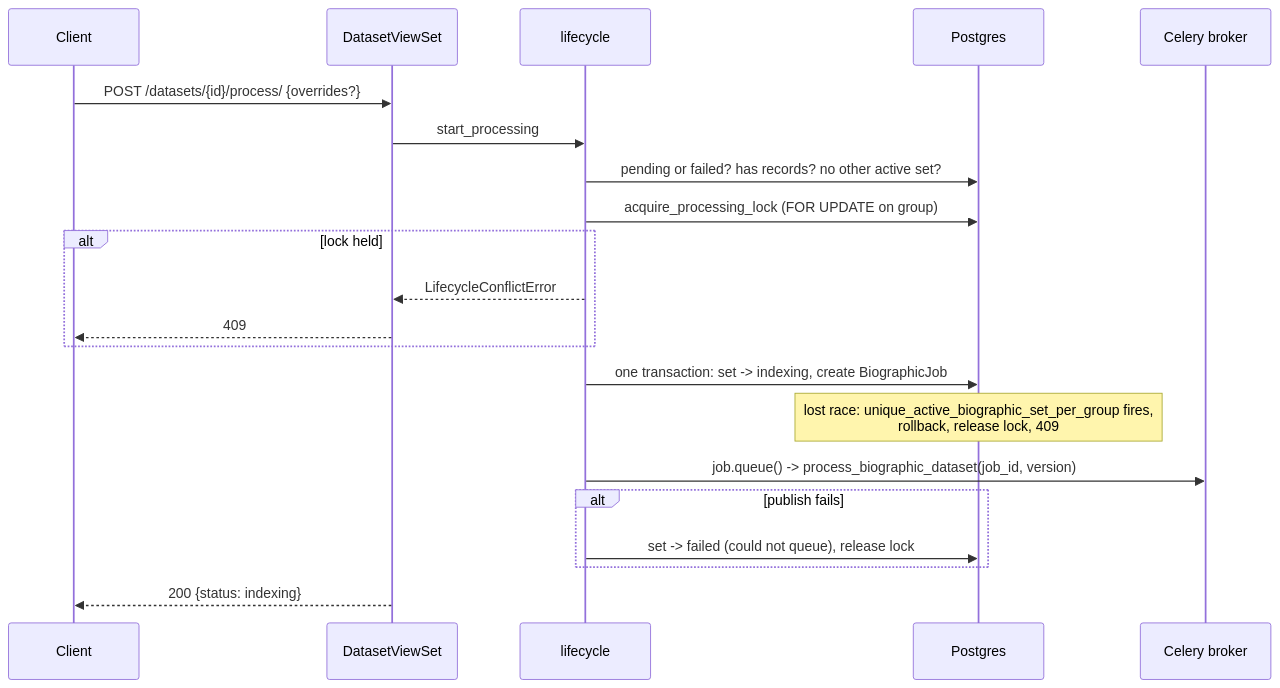
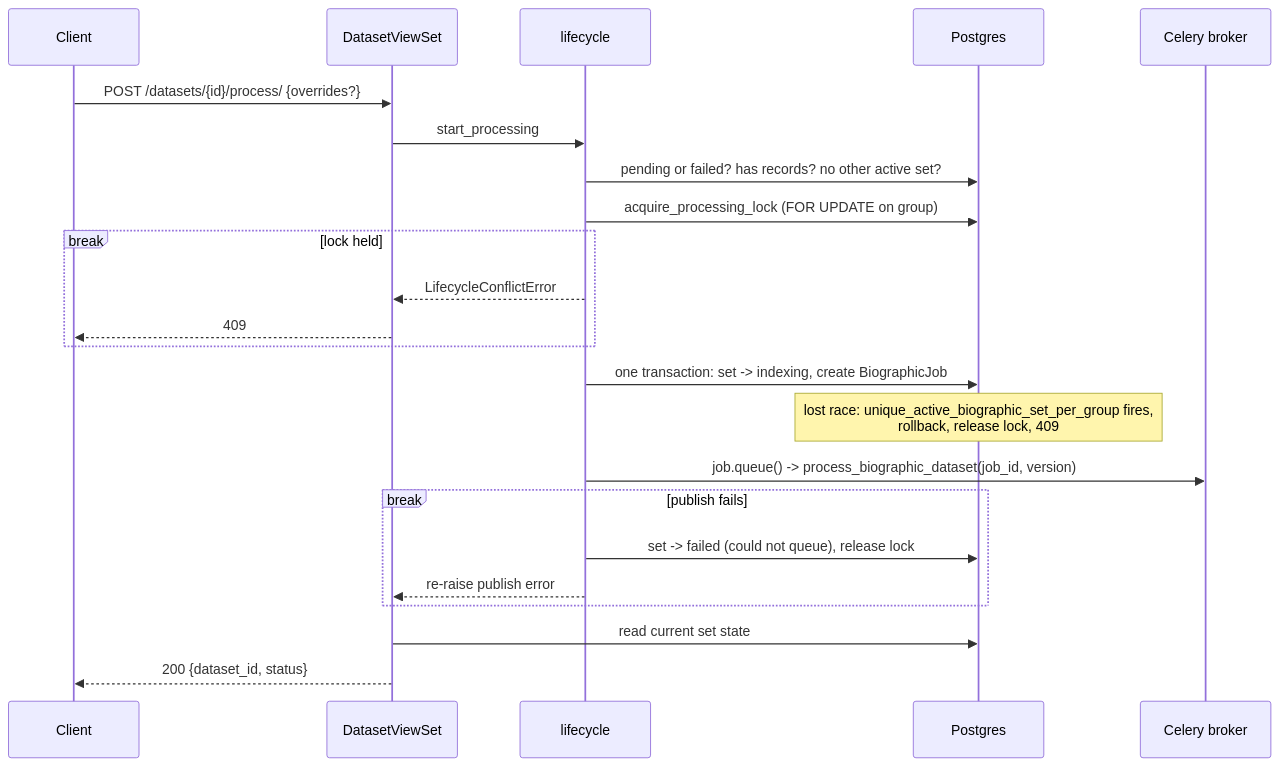
Before and after one commit to unicef/hope-dedup-engine: the second of 12 diagrams in docs/src/biographic/concepts/sequence-diagrams.md, drawn with Mermaid. The commit also changed other lines of this file and 12 other files, not shown here.

````diff
--- a/docs/src/biographic/concepts/sequence-diagrams.md
+++ b/docs/src/biographic/concepts/sequence-diagrams.md
@@ -30,24 +32,26 @@
 ```mermaid
 sequenceDiagram
     participant C as Client
     participant API as DatasetViewSet
     participant L as lifecycle
     participant DB as Postgres
     participant Q as Celery broker
 
     C->>API: POST /datasets/{id}/process/ {overrides?}
     API->>L: start_processing
     L->>DB: pending or failed? has records? no other active set?
     L->>DB: acquire_processing_lock (FOR UPDATE on group)
-    alt lock held
+    break lock held
         L-->>API: LifecycleConflictError
         API-->>C: 409
     end
     L->>DB: one transaction: set -> indexing, create BiographicJob
     Note over DB: lost race: unique_active_biographic_set_per_group fires,<br>rollback, release lock, 409
     L->>Q: job.queue() -> process_biographic_dataset(job_id, version)
-    alt publish fails
+    break publish fails
         L->>DB: set -> failed (could not queue), release lock
+        L-->>API: re-raise publish error
     end
-    API-->>C: 200 {status: indexing}
+    API->>DB: read current set state
+    API-->>C: 200 {dataset_id, status}
 ```
````
